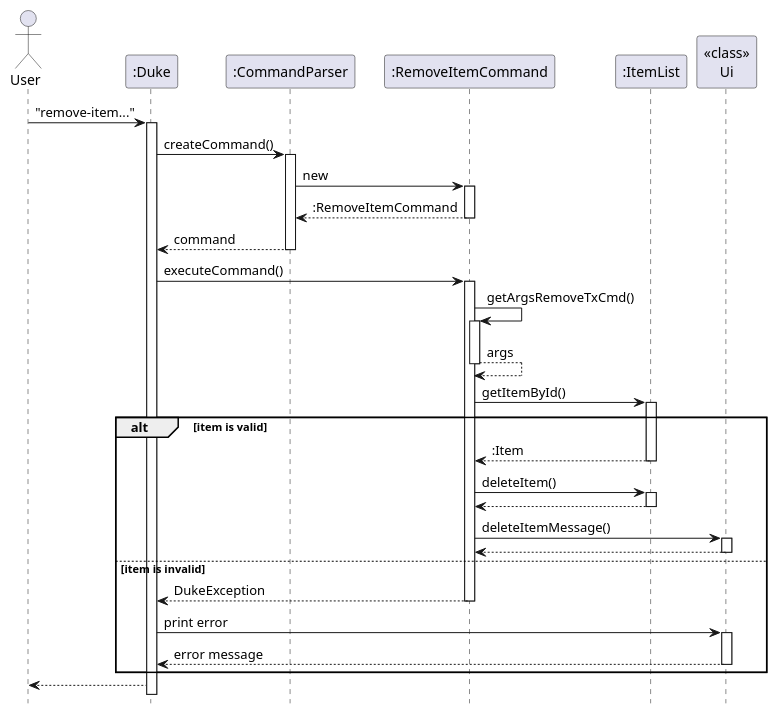
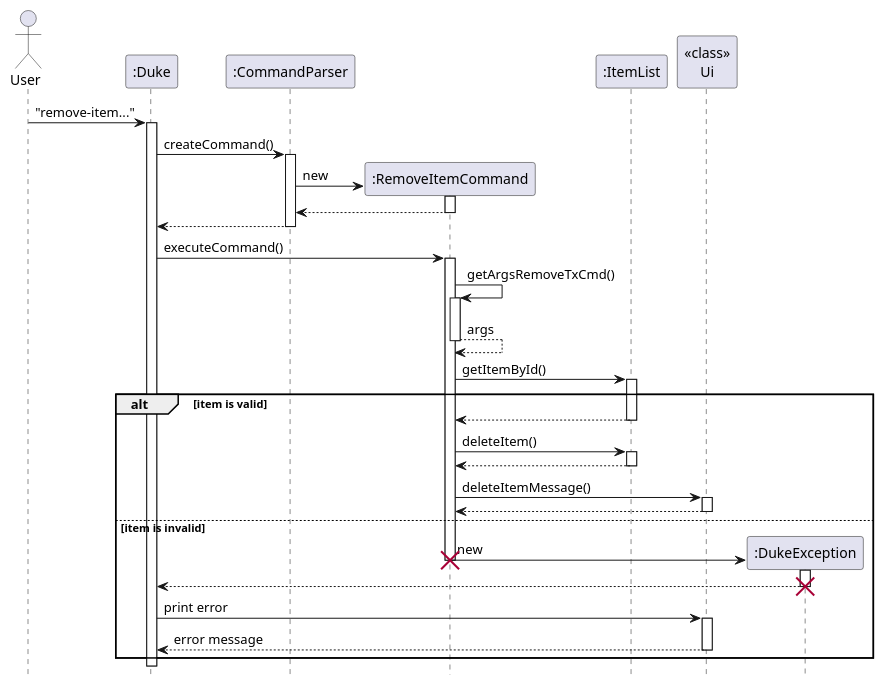
One commit to nus-cs2113-AY2223S1/tp changed the diagram in docs/diagrams/item/RemoveItemSequence.puml. Above: the diagram before and after it, drawn with PlantUML. The commit also changed 13 other files, not shown here.

Commit message:
Update diagrams

```diff
--- a/docs/diagrams/item/RemoveItemSequence.puml
+++ b/docs/diagrams/item/RemoveItemSequence.puml
@@ -1,43 +1,46 @@
 @startuml
 hide footbox
 
 Actor User
 "User" -> ":Duke": "remove-item..."
 activate ":Duke"
 ":Duke" -> ":CommandParser": createCommand()
 activate ":CommandParser"
-":CommandParser" -> ":RemoveItemCommand": new
+":CommandParser" -> ":RemoveItemCommand"**: new
 activate ":RemoveItemCommand"
-return :RemoveItemCommand
-":CommandParser" --> ":Duke": command
+return
+":CommandParser" --> ":Duke"
 deactivate
 
 ":Duke" -> ":RemoveItemCommand" : executeCommand()
 activate ":RemoveItemCommand"
 ":RemoveItemCommand" -> ":RemoveItemCommand": getArgsRemoveTxCmd()
 activate ":RemoveItemCommand"
 return args
     ":RemoveItemCommand" -> ":ItemList": getItemById()
     activate ":ItemList"
 alt item is valid
-    ":ItemList" --> ":RemoveItemCommand": :Item
+    ":ItemList" --> ":RemoveItemCommand"
     deactivate ":ItemList"
     ":RemoveItemCommand" -> ":ItemList": deleteItem()
     activate ":ItemList"
     return
     ":RemoveItemCommand" -> "<<class>>\nUi": deleteItemMessage()
     activate "<<class>>\nUi"
     return
     deactivate "<<class>>\nUi"
     deactivate ":ItemList"
 else item is invalid
-    ":RemoveItemCommand" --> ":Duke" : DukeException
-    deactivate ":RemoveItemCommand"
+    ":RemoveItemCommand" -> ":DukeException"** : new
+    destroy ":RemoveItemCommand"
+    activate ":DukeException"
+    ":DukeException" --> ":Duke"
+    destroy ":DukeException"
     ":Duke" -> "<<class>>\nUi" : print error
     activate "<<class>>\nUi"
     "<<class>>\nUi" --> ":Duke" : error message
     deactivate "<<class>>\nUi"
 end
 deactivate ":RemoveItemCommand"
-":Duke" --> "User"
+
 @enduml
```
